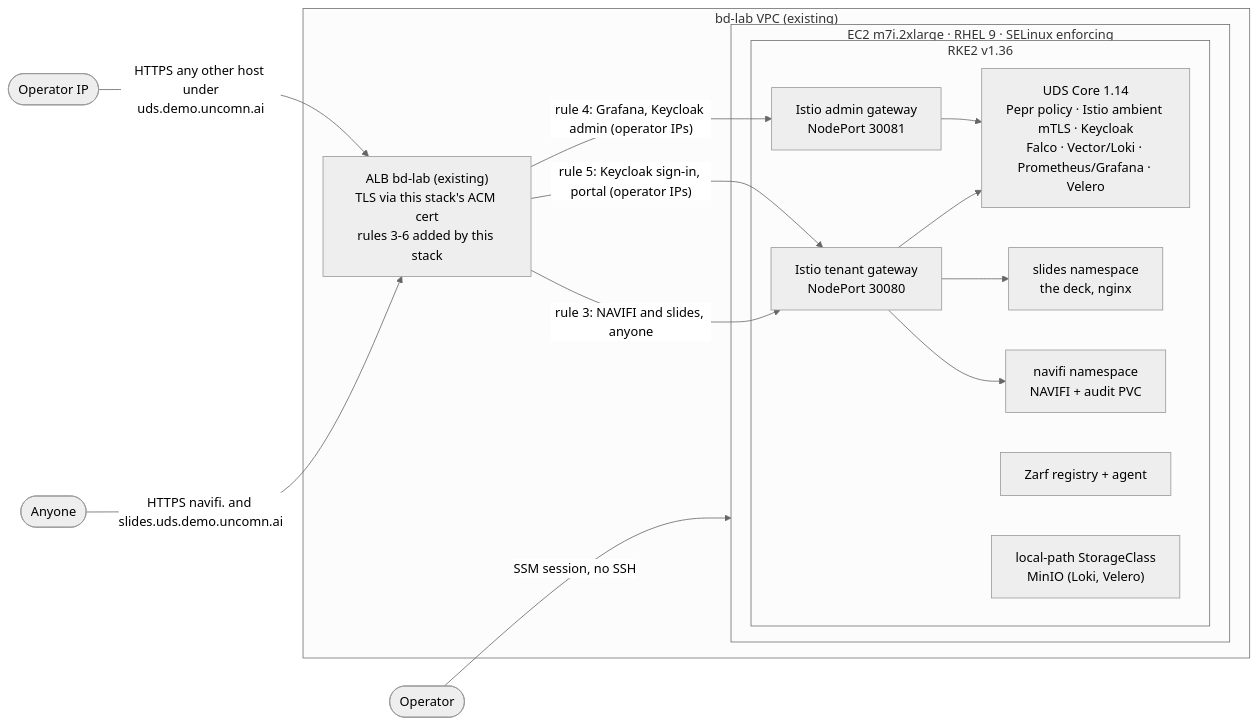
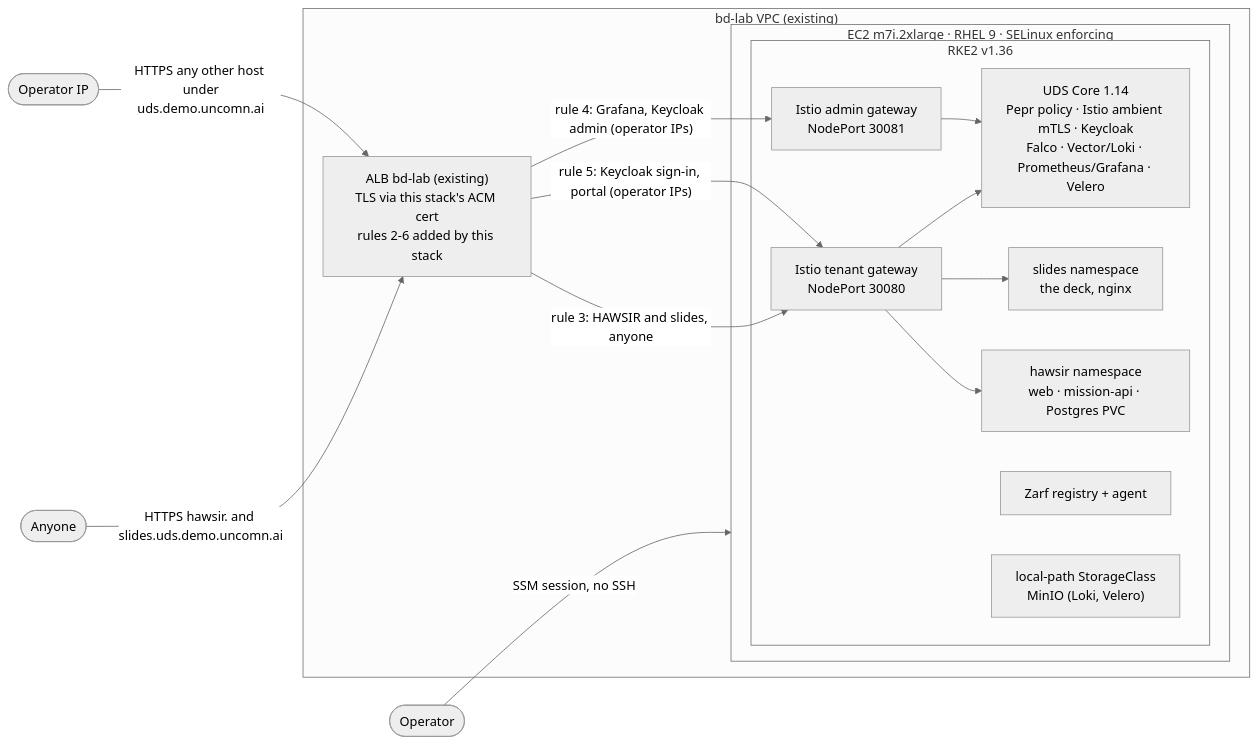
Before and after one commit to bschumacher-uncomn/HAWSIR: the diagram in infra/README.md, drawn with Mermaid (neutral theme). The commit also changed other lines of this file and 7 other files, not shown here.

First line of the commit message:
Lab: deploy HAWSIR from deploy/chart/hawsir (web, mission-api, Postgres) at hawsir.<domain>

````diff
--- a/infra/README.md
+++ b/infra/README.md
@@ -11,26 +11,26 @@
 ```mermaid
 flowchart LR
-  user([Anyone]) -->|"HTTPS navifi. and slides.uds.demo.uncomn.ai"| alb
+  user([Anyone]) -->|"HTTPS hawsir. and slides.uds.demo.uncomn.ai"| alb
   opr([Operator IP]) -->|"HTTPS any other host under<br/>uds.demo.uncomn.ai"| alb
   ssm([Operator]) -->|SSM session, no SSH| node
 
   subgraph aws["bd-lab VPC (existing)"]
-    alb["ALB bd-lab (existing)<br/>TLS via this stack's ACM cert<br/>rules 3-6 added by this stack"]
+    alb["ALB bd-lab (existing)<br/>TLS via this stack's ACM cert<br/>rules 2-6 added by this stack"]
     subgraph node["EC2 m7i.2xlarge · RHEL 9 · SELinux enforcing"]
       subgraph rke2["RKE2 v1.36"]
         tgw["Istio tenant gateway<br/>NodePort 30080"]
         agw["Istio admin gateway<br/>NodePort 30081"]
-        app["navifi namespace<br/>NAVIFI + audit PVC"]
+        app["hawsir namespace<br/>web · mission-api · Postgres PVC"]
         deck["slides namespace<br/>the deck, nginx"]
         core["UDS Core 1.14<br/>Pepr policy · Istio ambient mTLS · Keycloak<br/>Falco · Vector/Loki · Prometheus/Grafana · Velero"]
         zarf["Zarf registry + agent"]
         store["local-path StorageClass<br/>MinIO (Loki, Velero)"]
       end
     end
   end
 
-  alb -->|"rule 3: NAVIFI and slides, anyone"| tgw --> app
+  alb -->|"rule 3: HAWSIR and slides, anyone"| tgw --> app
   tgw --> deck
   alb -->|"rule 5: Keycloak sign-in, portal (operator IPs)"| tgw --> core
   alb -->|"rule 4: Grafana, Keycloak admin (operator IPs)"| agw --> core
 ```
````
